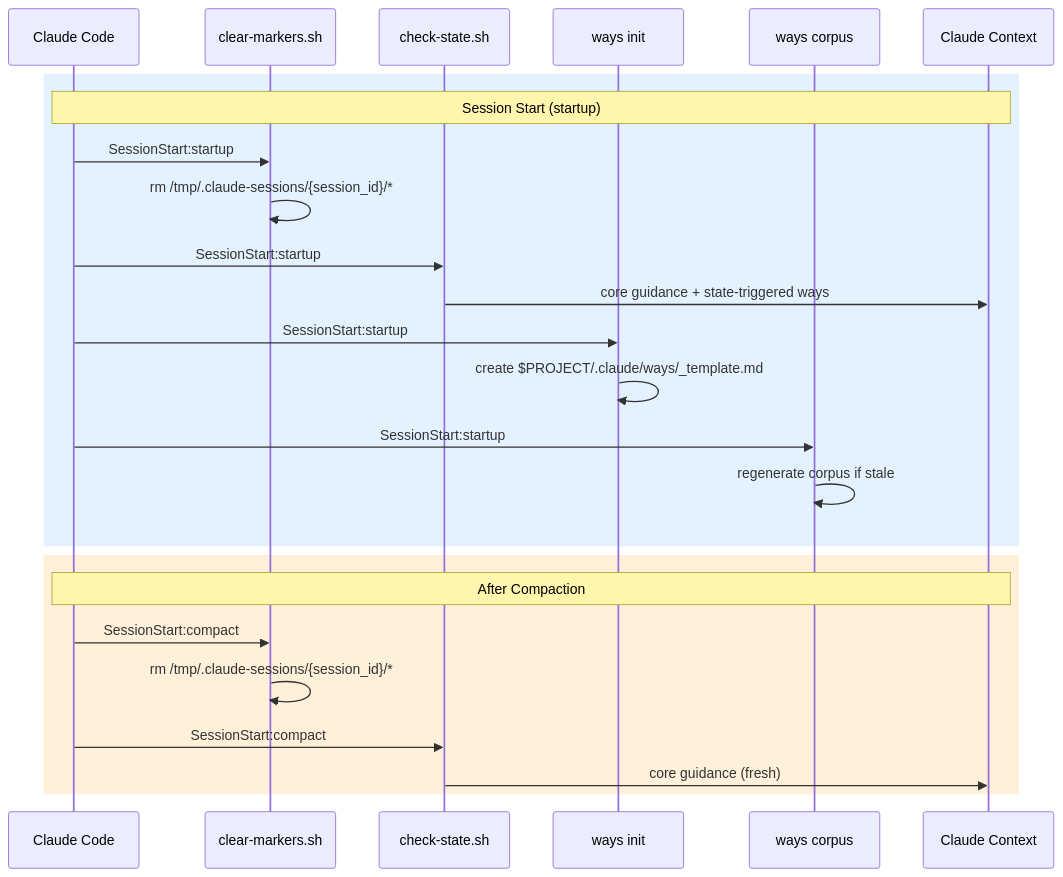
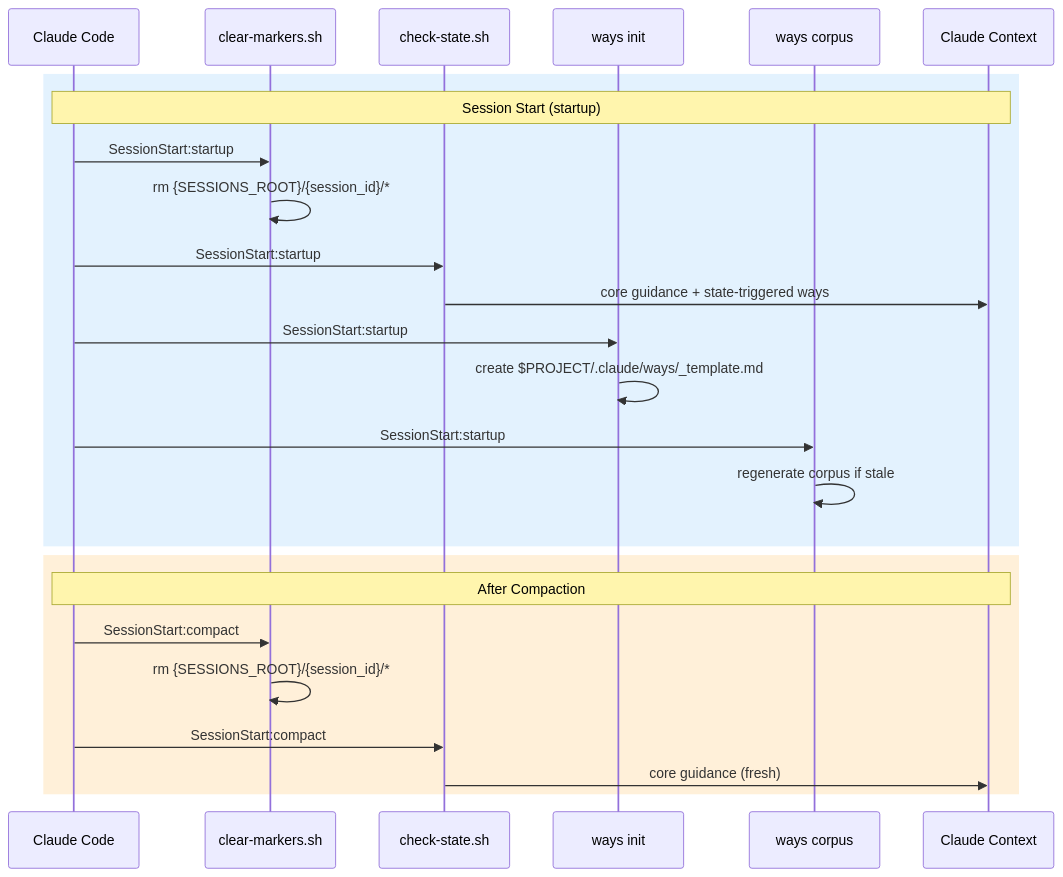
The first of 6 diagrams in docs/hooks-and-ways.md (ZZirbel/claude-code-config), drawn with Mermaid before and after one commit. The commit also changed other lines of this file and 21 other files, not shown here.

````diff
--- a/docs/hooks-and-ways.md
+++ b/docs/hooks-and-ways.md
@@ -63,29 +59,29 @@
 ```mermaid
 sequenceDiagram
     participant CC as Claude Code
     participant CM as clear-markers.sh
     participant CS as check-state.sh
     participant WI as ways init
     participant WC as ways corpus
     participant Ctx as Claude Context
 
     rect rgba(66, 165, 245, 0.15)
         Note over CC,Ctx: Session Start (startup)
         CC->>CM: SessionStart:startup
-        CM->>CM: rm /tmp/.claude-sessions/{session_id}/*
+        CM->>CM: rm {SESSIONS_ROOT}/{session_id}/*
         CC->>CS: SessionStart:startup
         CS->>Ctx: core guidance + state-triggered ways
         CC->>WI: SessionStart:startup
         WI->>WI: create $PROJECT/.claude/ways/_template.md
         CC->>WC: SessionStart:startup
         WC->>WC: regenerate corpus if stale
     end
 
     rect rgba(255, 152, 0, 0.15)
         Note over CC,Ctx: After Compaction
         CC->>CM: SessionStart:compact
-        CM->>CM: rm /tmp/.claude-sessions/{session_id}/*
+        CM->>CM: rm {SESSIONS_ROOT}/{session_id}/*
         CC->>CS: SessionStart:compact
         CS->>Ctx: core guidance (fresh)
     end
 ```
````
